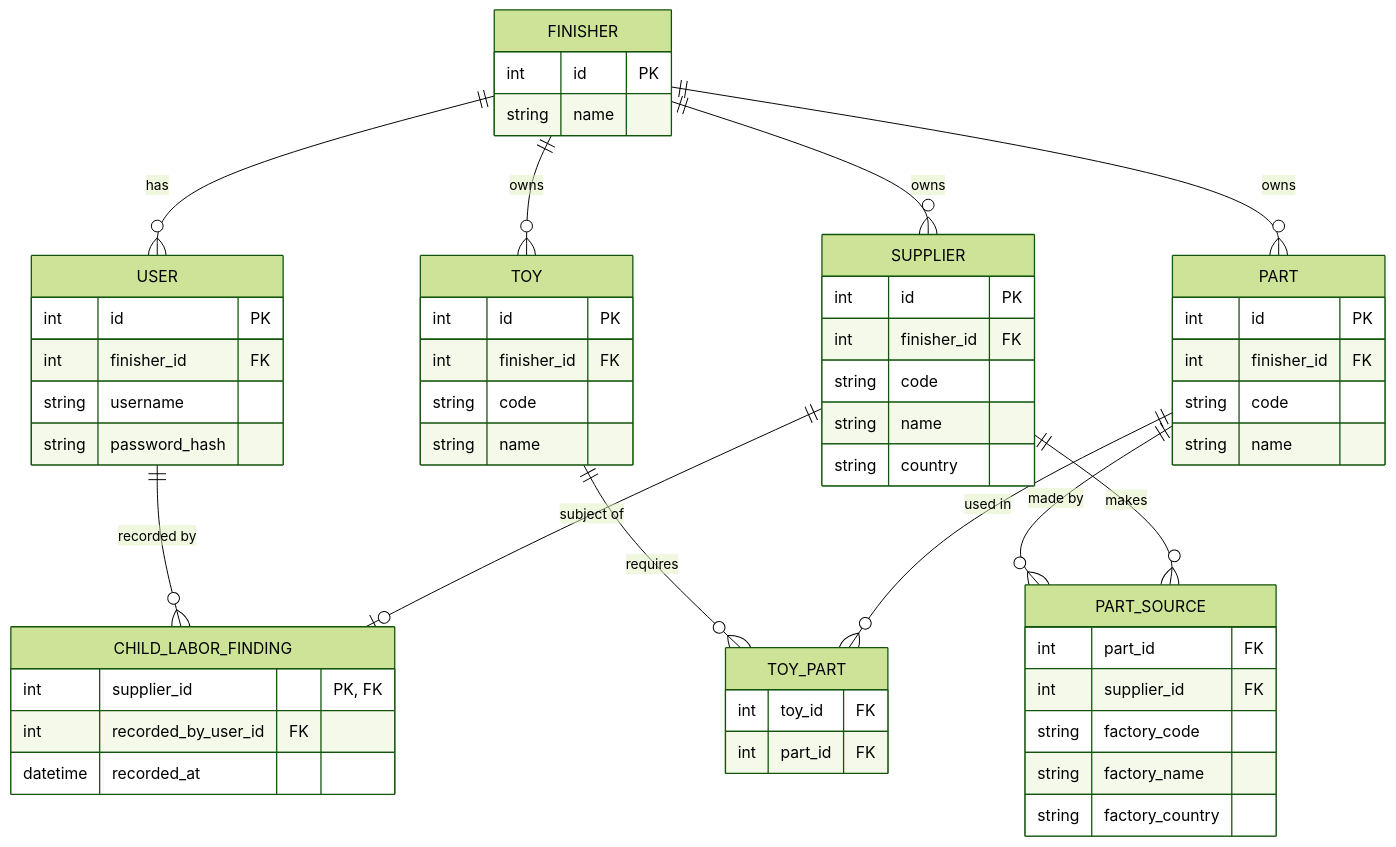
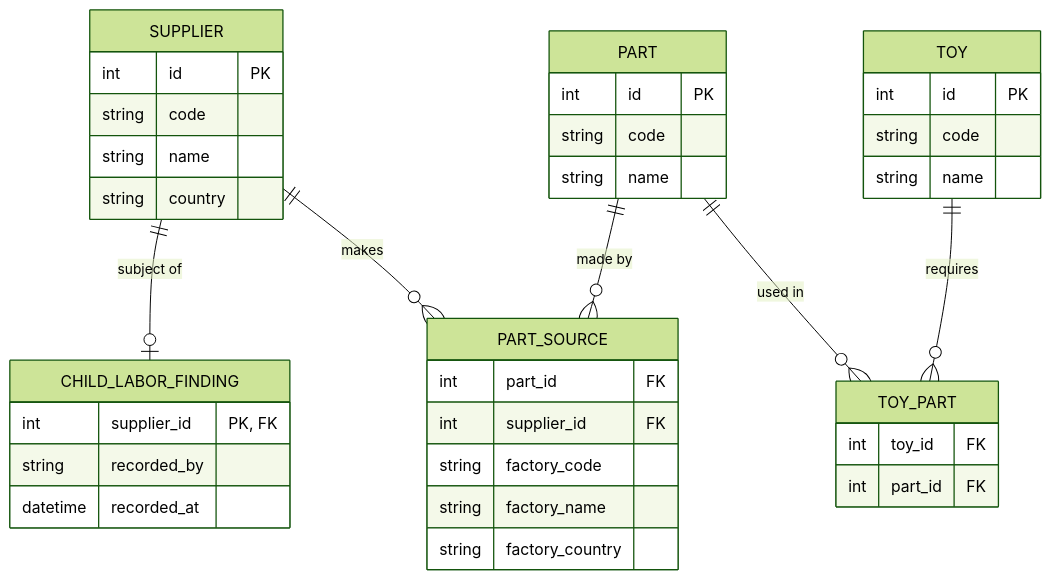
Before and after one commit to take-home-tract/FairToy: the fourth of 5 diagrams in docs/design.md, drawn with Mermaid (forest theme). The commit also changed other lines of this file and 4 other files, not shown here.

````diff
--- a/docs/design.md
+++ b/docs/design.md
@@ -68,43 +92,29 @@
 ```mermaid
 erDiagram
-    FINISHER ||--o{ USER : "has"
-    USER ||--o{ CHILD_LABOR_FINDING : "recorded by"
-    FINISHER ||--o{ TOY : owns
-    FINISHER ||--o{ PART : owns
-    FINISHER ||--o{ SUPPLIER : owns
     SUPPLIER ||--o| CHILD_LABOR_FINDING : "subject of"
     TOY ||--o{ TOY_PART : requires
     PART ||--o{ TOY_PART : "used in"
     PART ||--o{ PART_SOURCE : "made by"
     SUPPLIER ||--o{ PART_SOURCE : makes
 
-    FINISHER { int id PK
-        string name }
-    USER { int id PK
-        int finisher_id FK
-        string username
-        string password_hash }
     TOY { int id PK
-        int finisher_id FK
         string code
         string name }
     PART { int id PK
-        int finisher_id FK
         string code
         string name }
     SUPPLIER { int id PK
-        int finisher_id FK
         string code
         string name
         string country }
     TOY_PART { int toy_id FK
         int part_id FK }
     PART_SOURCE { int part_id FK
         int supplier_id FK
         string factory_code
         string factory_name
         string factory_country }
     CHILD_LABOR_FINDING { int supplier_id "PK, FK"
-        int recorded_by_user_id FK
+        string recorded_by
         datetime recorded_at }
 ```
````
